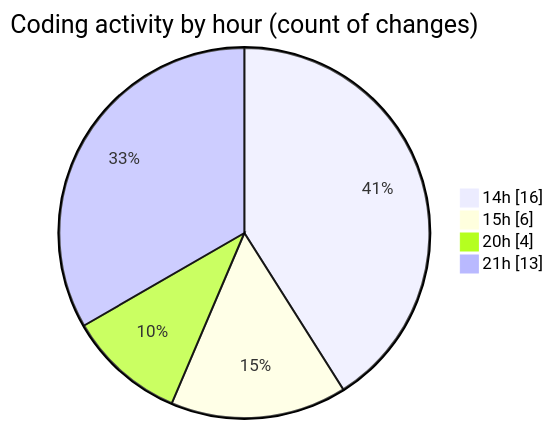
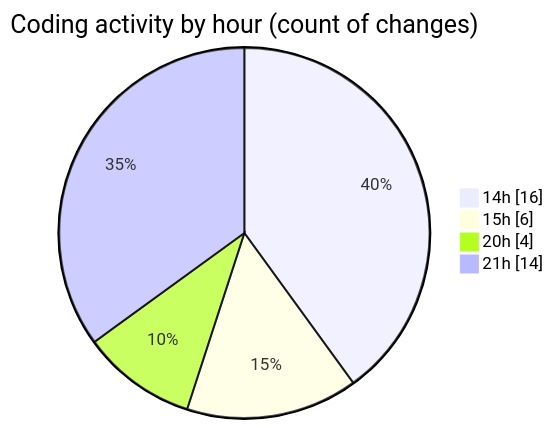
Before and after one commit to momahboobian/code-tracking: the second of 2 diagrams in 2026-09-18/video-downloader/README.md, drawn with Mermaid. The commit also changed other lines of this file and 1 other file, not shown here.

````diff
--- a/2026-09-18/video-downloader/README.md
+++ b/2026-09-18/video-downloader/README.md
@@ -36,8 +36,8 @@
 ```mermaid
 pie showData
 title Coding activity by hour (count of changes)
 "14h" : 16
 "15h" : 6
 "20h" : 4
-"21h" : 13
+"21h" : 14
 ```
````
